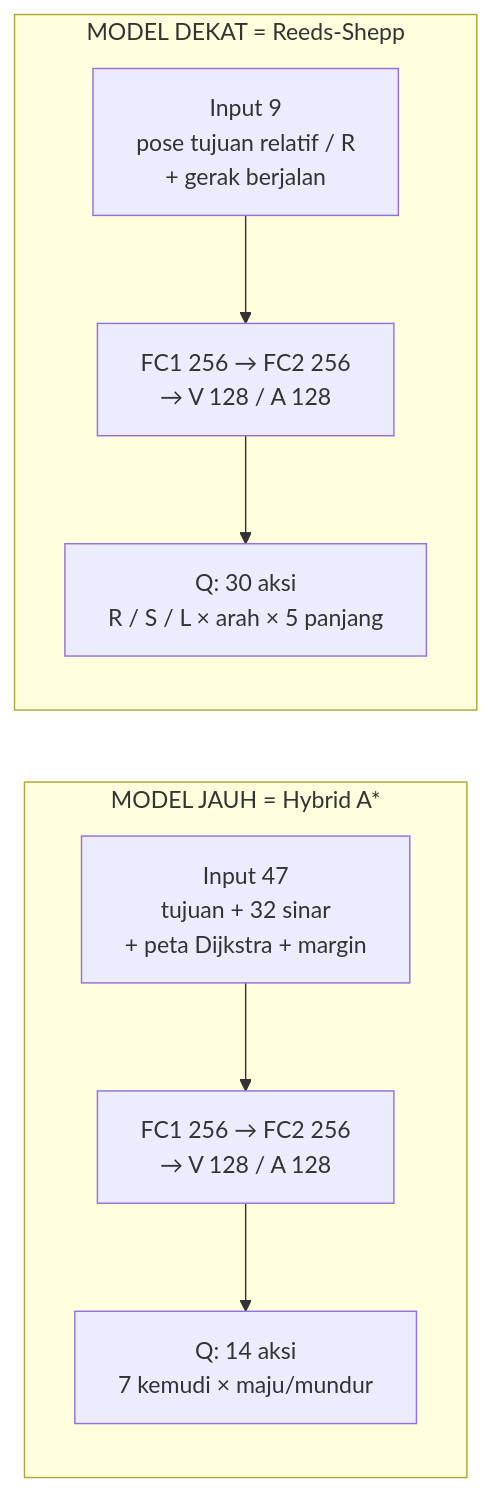
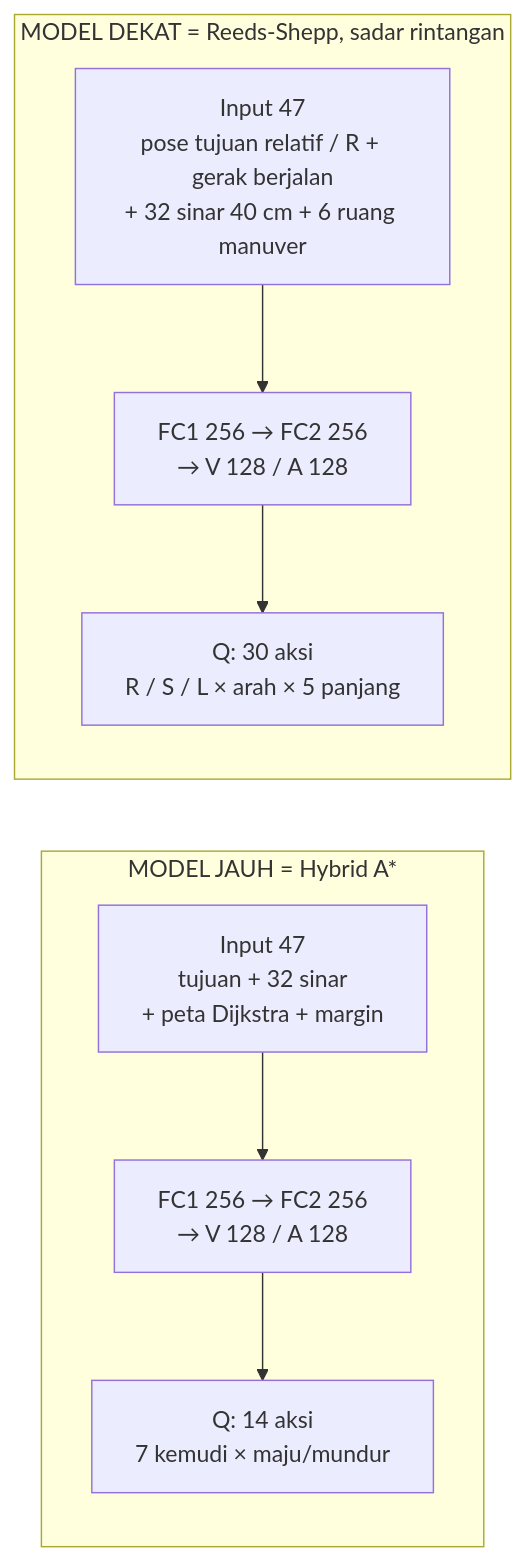
The first of 2 diagrams in Obsidian Vault/Struktur DQfD Full.md (ekanugraha337/Forklift-Control-DRL), drawn with Mermaid before and after one commit. The commit also changed other lines of this file and 10 other files, not shown here.

First line of the commit message:
ver-1-3: model dekat sadar rintangan (47 masukan), mulai dari bobot v4

````diff
--- a/Obsidian Vault/Struktur DQfD Full.md
+++ b/Obsidian Vault/Struktur DQfD Full.md
@@ -56,9 +149,9 @@
 ```mermaid
 flowchart LR
     subgraph J["MODEL JAUH = Hybrid A*"]
         IJ["Input 47<br/>tujuan + 32 sinar<br/>+ peta Dijkstra + margin"] --> HJ["FC1 256 → FC2 256<br/>→ V 128 / A 128"] --> OJ["Q: 14 aksi<br/>7 kemudi × maju/mundur"]
     end
-    subgraph D["MODEL DEKAT = Reeds-Shepp"]
-        ID["Input 9<br/>pose tujuan relatif / R<br/>+ gerak berjalan"] --> HD["FC1 256 → FC2 256<br/>→ V 128 / A 128"] --> OD["Q: 30 aksi<br/>R / S / L × arah × 5 panjang"]
+    subgraph D["MODEL DEKAT = Reeds-Shepp, sadar rintangan"]
+        ID["Input 47<br/>pose tujuan relatif / R + gerak berjalan<br/>+ 32 sinar 40 cm + 6 ruang manuver"] --> HD["FC1 256 → FC2 256<br/>→ V 128 / A 128"] --> OD["Q: 30 aksi<br/>R / S / L × arah × 5 panjang"]
     end
 ```
````
